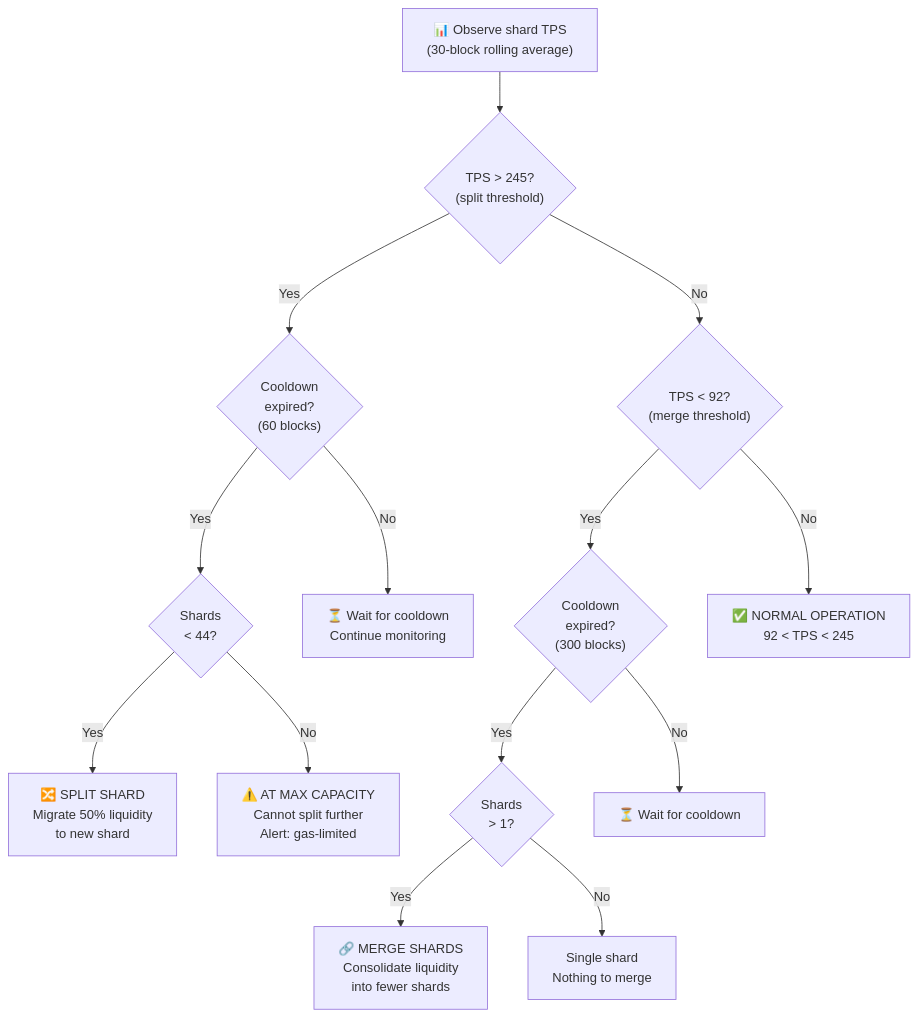
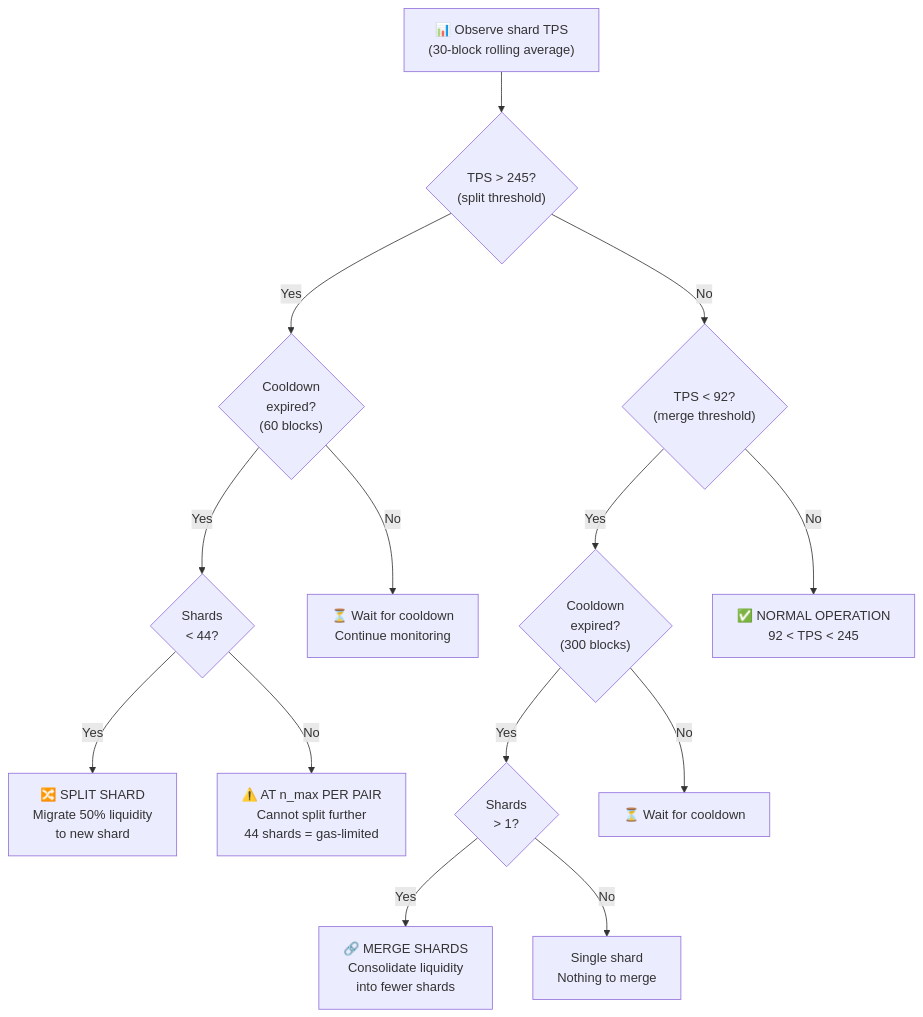
One commit to ASR-Innovations/samm-tps-rise changed the fifth of 5 diagrams in BenchMarkAnalysis.md. Above: the diagram before and after it, drawn with Mermaid. The commit also changed other lines of this file, not shown here.

````diff
--- a/BenchMarkAnalysis.md
+++ b/BenchMarkAnalysis.md
@@ -819,19 +846,19 @@
 ```mermaid
 flowchart TD
     A["📊 Observe shard TPS<br>(30-block rolling average)"] --> B{"TPS > 245?<br>(split threshold)"}
     
     B -->|Yes| C{"Cooldown<br>expired?<br>(60 blocks)"}
     C -->|Yes| D{"Shards<br>< 44?"}
     D -->|Yes| E["🔀 SPLIT SHARD<br>Migrate 50% liquidity<br>to new shard"]
-    D -->|No| F["⚠️ AT MAX CAPACITY<br>Cannot split further<br>Alert: gas-limited"]
+    D -->|No| F["⚠️ AT n_max PER PAIR<br>Cannot split further<br>44 shards = gas-limited"]
     C -->|No| G["⏳ Wait for cooldown<br>Continue monitoring"]
     
     B -->|No| H{"TPS < 92?<br>(merge threshold)"}
     H -->|Yes| I{"Cooldown<br>expired?<br>(300 blocks)"}
     I -->|Yes| J{"Shards<br>> 1?"}
     J -->|Yes| K["🔗 MERGE SHARDS<br>Consolidate liquidity<br>into fewer shards"]
     J -->|No| L["Single shard<br>Nothing to merge"]
     I -->|No| M["⏳ Wait for cooldown"]
     
     H -->|No| N["✅ NORMAL OPERATION<br>92 < TPS < 245"]
 ```
````
